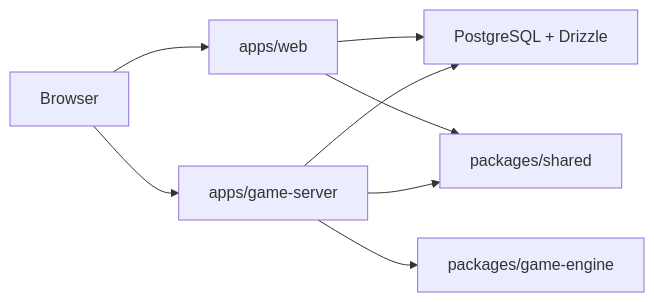
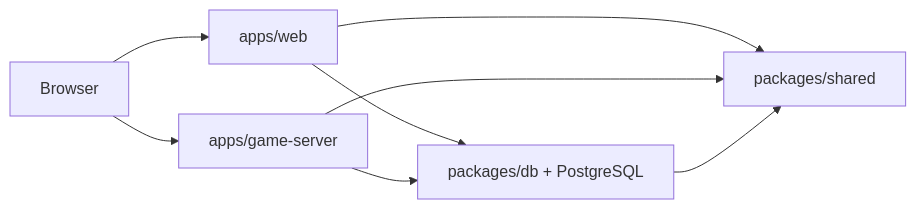
The diagram in README.md (bk-git-hub/BK-GAMES), drawn with Mermaid before and after one commit. The commit also changed other lines of this file and 31 other files, not shown here.

````diff
--- a/README.md
+++ b/README.md
@@ -98,17 +108,16 @@
 ```mermaid
 flowchart LR
   Browser["Browser"]
   Web["apps/web"]
   GameServer["apps/game-server"]
   Shared["packages/shared"]
-  DB["PostgreSQL + Drizzle"]
-  Engine["packages/game-engine"]
+  DB["packages/db + PostgreSQL"]
 
   Browser --> Web
   Browser --> GameServer
   Web --> DB
   Web --> Shared
   GameServer --> Shared
-  GameServer --> Engine
   GameServer --> DB
+  DB --> Shared
 ```
````
